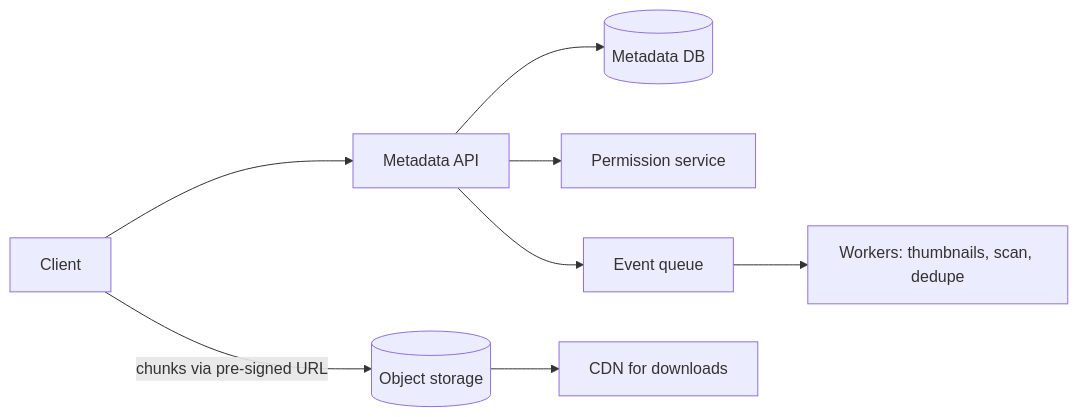
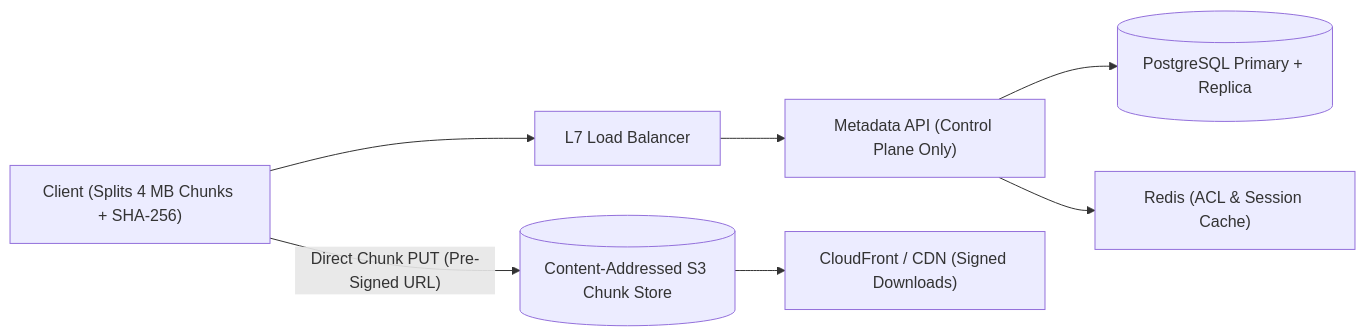
The second of 5 diagrams in content/system-design/22-interview-design-problems/04-file-storage-and-sharing/README.md (TapanKumarBarik/Backend-roadmap), drawn with Mermaid before and after one commit. The commit also changed other lines of this file and 37 other files, not shown here.

Commit message:
Upgrade Track 22 (37 interview design problems) with scale-by-scale architecture evolution

````diff
--- a/content/system-design/22-interview-design-problems/04-file-storage-and-sharing/README.md
+++ b/content/system-design/22-interview-design-problems/04-file-storage-and-sharing/README.md
@@ -107,10 +186,9 @@
 ```mermaid
 flowchart LR
-  C["Client"] --> API["Metadata API"]
-  C -- "chunks via pre-signed URL" --> OS[("Object storage")]
-  API --> M[("Metadata DB")]
-  API --> ACL["Permission service"]
-  OS --> CDN["CDN for downloads"]
-  API --> Q["Event queue"]
-  Q --> W["Workers: thumbnails, scan, dedupe"]
+  C["Client (Splits 4 MB Chunks + SHA-256)"] --> LB["L7 Load Balancer"]
+  LB --> API["Metadata API (Control Plane Only)"]
+  C -- "Direct Chunk PUT (Pre-Signed URL)" --> S3[("Content-Addressed S3 Chunk Store")]
+  API --> PG[("PostgreSQL Primary + Replica")]
+  API --> R["Redis (ACL & Session Cache)"]
+  S3 --> CDN["CloudFront / CDN (Signed Downloads)"]
 ```
````
